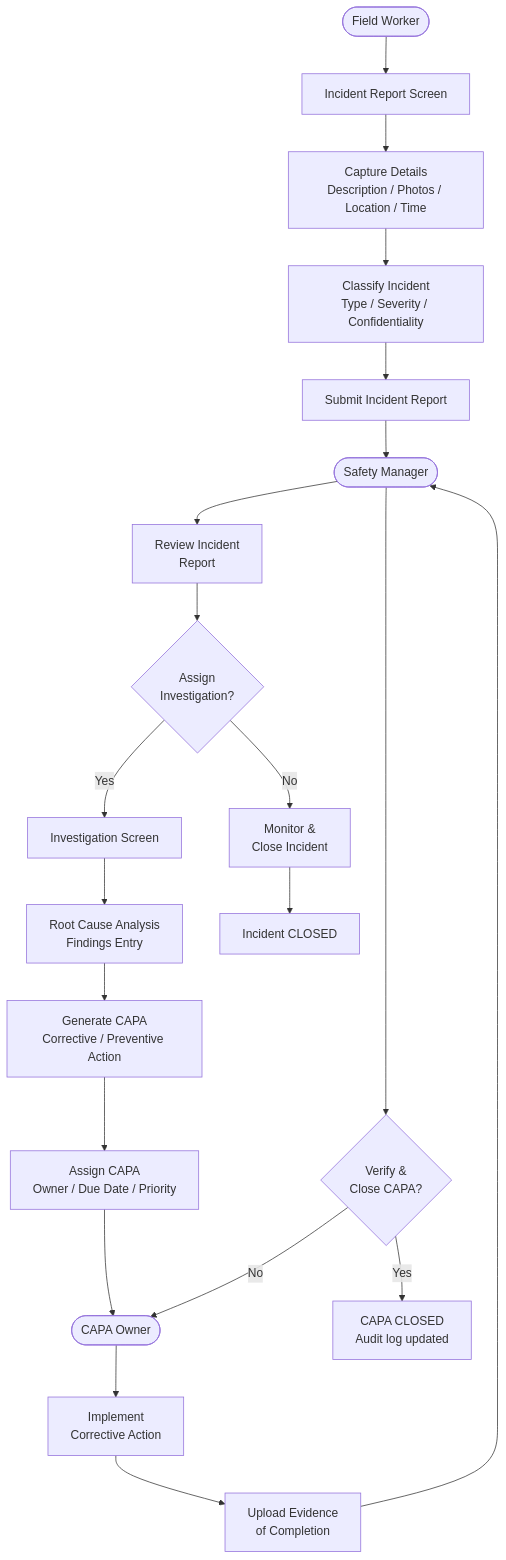
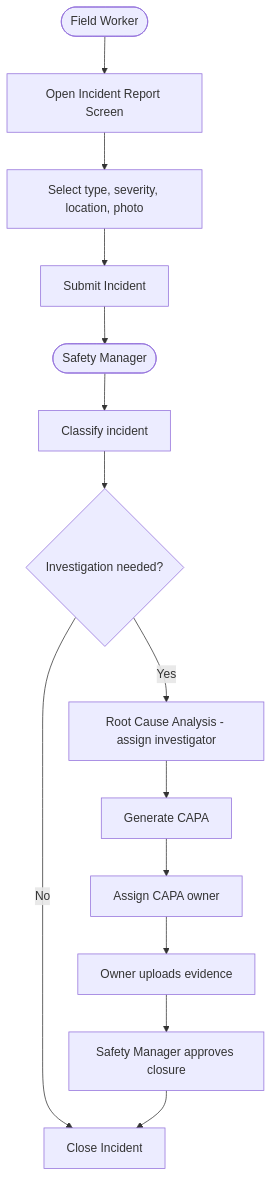
One commit to Nandan222001/health_smart_engage changed the fourth of 10 diagrams in docs/diagrams/user_flow_diagram.md. Above: the diagram before and after it, drawn with Mermaid. The commit also changed other lines of this file and 15 other files, not shown here.

First line of the commit message:
fix: repair Mermaid rendering errors across all diagram files

````diff
--- a/docs/diagrams/user_flow_diagram.md
+++ b/docs/diagrams/user_flow_diagram.md
@@ -121,28 +112,17 @@
 ```mermaid
 flowchart TD
-    FW([Field Worker]) --> INC_SCREEN[Incident Report Screen]
-    INC_SCREEN --> CAPTURE[Capture Details\nDescription / Photos / Location / Time]
-    CAPTURE --> CLASSIFY[Classify Incident\nType / Severity / Confidentiality]
-    CLASSIFY --> SUBMIT_INC[Submit Incident Report]
+    FW([Field Worker]) --> REPORT[Open Incident Report Screen]
+    REPORT --> CAPTURE[Select type, severity, location, photo]
+    CAPTURE --> SUBMIT_INC[Submit Incident]
+    SUBMIT_INC --> SM([Safety Manager])
 
-    SUBMIT_INC --> SM([Safety Manager])
-    SM --> REVIEW_INC[Review Incident\nReport]
-    REVIEW_INC --> ASSIGN{Assign\nInvestigation?}
-
-    ASSIGN -->|Yes| INV_SCREEN[Investigation Screen]
-    INV_SCREEN --> RCA[Root Cause Analysis\nFindings Entry]
-    RCA --> CAPA_GEN[Generate CAPA\nCorrective / Preventive Action]
-
-    CAPA_GEN --> CAPA_ASSIGN[Assign CAPA\nOwner / Due Date / Priority]
-    CAPA_ASSIGN --> OWNER([CAPA Owner])
-    OWNER --> ACTION[Implement\nCorrective Action]
-    ACTION --> EVIDENCE_C[Upload Evidence\nof Completion]
-    EVIDENCE_C --> SM
-    SM --> CLOSE_CAPA{Verify &\nClose CAPA?}
-
-    CLOSE_CAPA -->|Yes| CAPA_CLOSED[CAPA CLOSED\nAudit log updated]
-    CLOSE_CAPA -->|No| OWNER
-
-    ASSIGN -->|No| MONITOR[Monitor &\nClose Incident]
-    MONITOR --> INC_CLOSED[Incident CLOSED]
+    SM --> CLASSIFY[Classify incident]
+    CLASSIFY --> INV{Investigation needed?}
+    INV -->|Yes| RCA[Root Cause Analysis - assign investigator]
+    RCA --> CAPA[Generate CAPA]
+    CAPA --> ASSIGN[Assign CAPA owner]
+    ASSIGN --> EVIDENCE[Owner uploads evidence]
+    EVIDENCE --> CLOSE_CAPA[Safety Manager approves closure]
+    INV -->|No| CLOSE_INC[Close Incident]
+    CLOSE_CAPA --> CLOSE_INC
 ```
````
